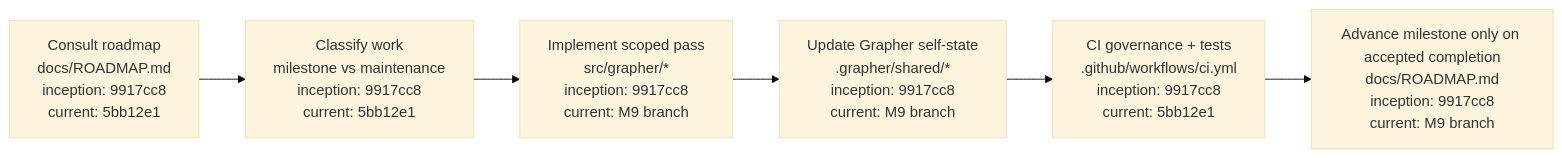
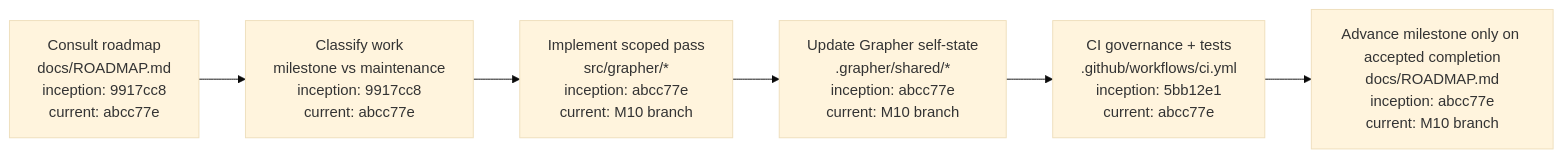
One commit to seanbman/grapher changed the diagram in docs/ROADMAP.md. Above: the diagram before and after it, drawn with Mermaid (base theme). The commit also changed other lines of this file, not shown here.

Commit message:
docs: advance roadmap to M10

````diff
--- a/docs/ROADMAP.md
+++ b/docs/ROADMAP.md
@@ -48,11 +48,11 @@
 ```mermaid
 flowchart LR
-    READ["Consult roadmap\ndocs/ROADMAP.md\ninception: 9917cc8\ncurrent: 5bb12e1"]
-    CLASSIFY["Classify work\nmilestone vs maintenance\ninception: 9917cc8\ncurrent: 5bb12e1"]
-    EXECUTE["Implement scoped pass\nsrc/grapher/*\ninception: 9917cc8\ncurrent: M9 branch"]
-    GRAPH["Update Grapher self-state\n.grapher/shared/*\ninception: 9917cc8\ncurrent: M9 branch"]
-    CI["CI governance + tests\n.github/workflows/ci.yml\ninception: 9917cc8\ncurrent: 5bb12e1"]
-    ADVANCE["Advance milestone only on accepted completion\ndocs/ROADMAP.md\ninception: 9917cc8\ncurrent: M9 branch"]
+    READ["Consult roadmap\ndocs/ROADMAP.md\ninception: 9917cc8\ncurrent: abcc77e"]
+    CLASSIFY["Classify work\nmilestone vs maintenance\ninception: 9917cc8\ncurrent: abcc77e"]
+    EXECUTE["Implement scoped pass\nsrc/grapher/*\ninception: abcc77e\ncurrent: M10 branch"]
+    GRAPH["Update Grapher self-state\n.grapher/shared/*\ninception: abcc77e\ncurrent: M10 branch"]
+    CI["CI governance + tests\n.github/workflows/ci.yml\ninception: 5bb12e1\ncurrent: abcc77e"]
+    ADVANCE["Advance milestone only on accepted completion\ndocs/ROADMAP.md\ninception: abcc77e\ncurrent: M10 branch"]
 
     READ --> CLASSIFY --> EXECUTE --> GRAPH --> CI --> ADVANCE
 ```
````
